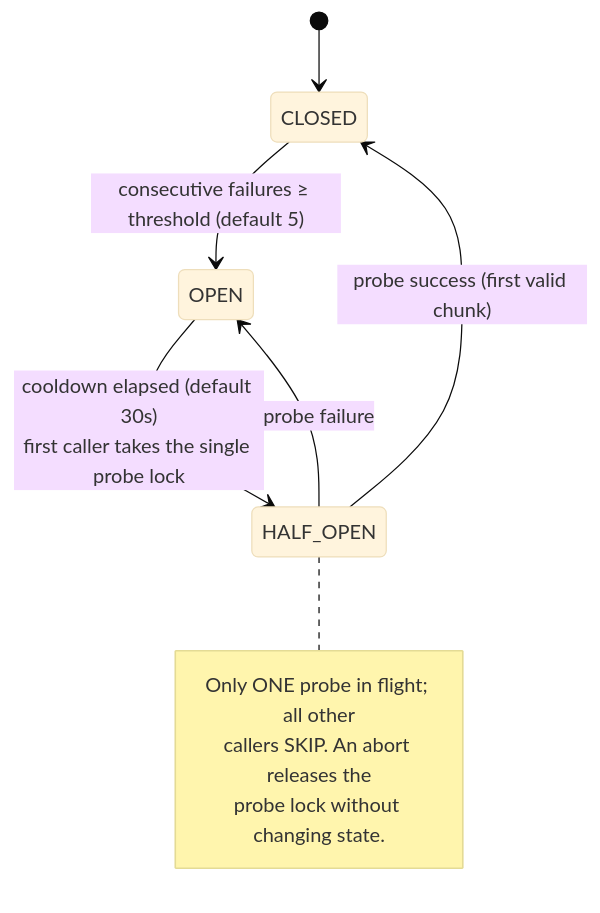
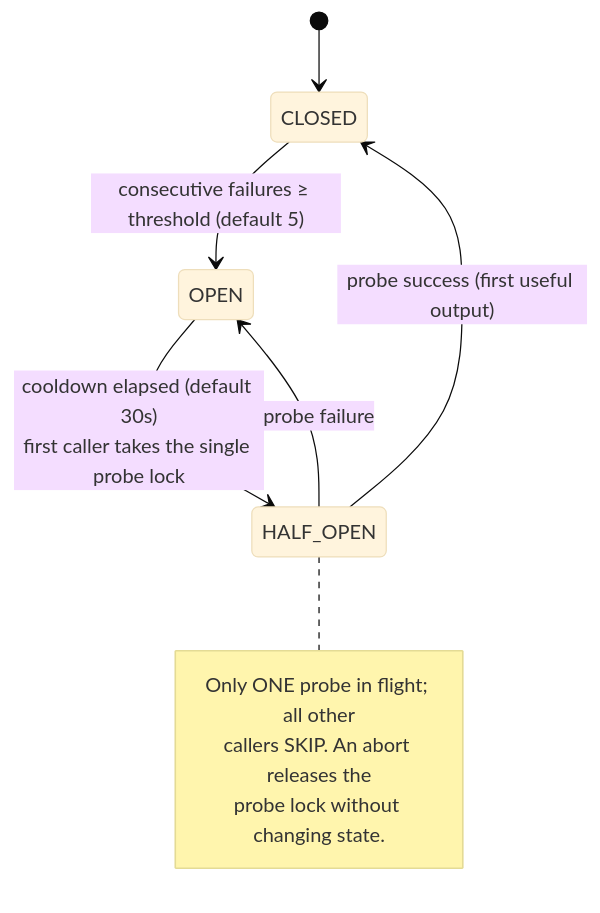
One commit to EasyMetaAu/helm-api changed the eighth of 13 diagrams in docs/architecture.md. Above: the diagram before and after it, drawn with Mermaid (base theme). The commit also changed other lines of this file and 30 other files, not shown here.

````diff
--- a/docs/architecture.md
+++ b/docs/architecture.md
@@ -334,13 +420,13 @@
 ```mermaid
 stateDiagram-v2
     [*] --> CLOSED
     CLOSED --> OPEN : consecutive failures ≥ threshold (default 5)
     OPEN --> HALF_OPEN : cooldown elapsed (default 30s)<br/>first caller takes the single probe lock
-    HALF_OPEN --> CLOSED : probe success (first valid chunk)
+    HALF_OPEN --> CLOSED : probe success (first useful output)
     HALF_OPEN --> OPEN : probe failure
     note right of HALF_OPEN
         Only ONE probe in flight; all other
         callers SKIP. An abort releases the
         probe lock without changing state.
     end note
 ```
````
